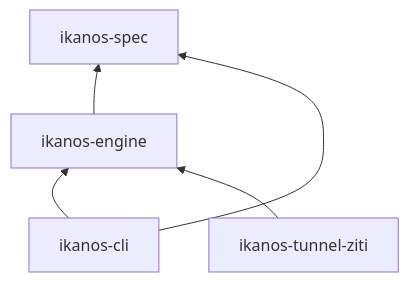
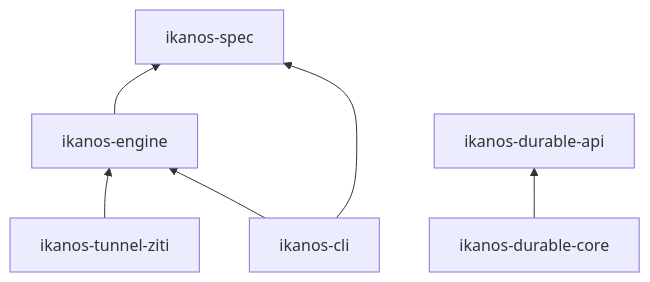
One commit to naftiko/ikanos changed the second of 3 diagrams in modules/ikanos-docs/architecture.md. Above: the diagram before and after it, drawn with Mermaid. The commit also changed other lines of this file and 40 other files, not shown here.

First line of the commit message:
feat: add the durable execution engine API and core modules

````diff
--- a/modules/ikanos-docs/architecture.md
+++ b/modules/ikanos-docs/architecture.md
@@ -61,11 +61,14 @@
 ```mermaid
 flowchart BT
     spec[ikanos-spec]
     engine[ikanos-engine]
     cli[ikanos-cli]
     ziti[ikanos-tunnel-ziti]
+    dapi[ikanos-durable-api]
+    dcore[ikanos-durable-core]
     engine --> spec
+    dcore --> dapi
     cli --> engine
     cli --> spec
     ziti --> engine
 ```
````
